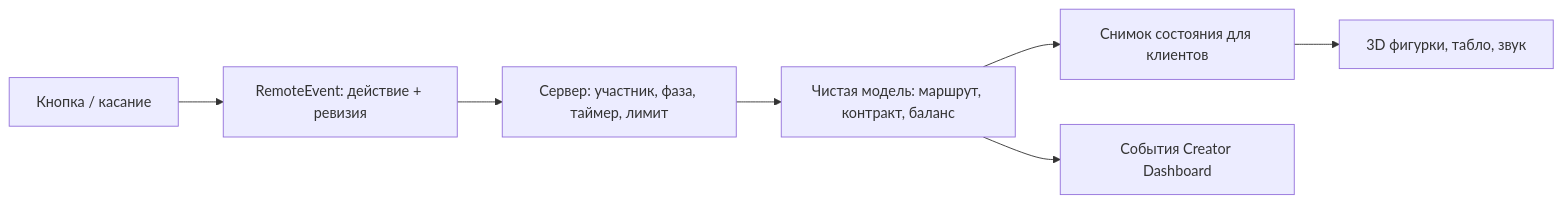
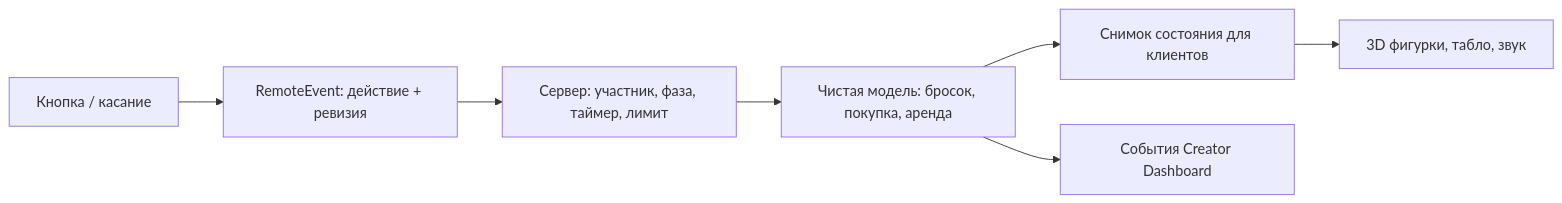
One commit to GlebAvershin/Soccerpoly changed the diagram in README.md. Above: the diagram before and after it, drawn with Mermaid. The commit also changed other lines of this file and 28 other files, not shown here.

````diff
--- a/README.md
+++ b/README.md
@@ -65,9 +61,9 @@
 ```mermaid
 flowchart LR
     Intent["Кнопка / касание"] --> Remote["RemoteEvent: действие + ревизия"]
     Remote --> Server["Сервер: участник, фаза, таймер, лимит"]
-    Server --> Rules["Чистая модель: маршрут, контракт, баланс"]
+    Server --> Rules["Чистая модель: бросок, покупка, аренда"]
     Rules --> Delta["Снимок состояния для клиентов"]
     Delta --> View["3D фигурки, табло, звук"]
     Rules --> Analytics["События Creator Dashboard"]
 ```
````
